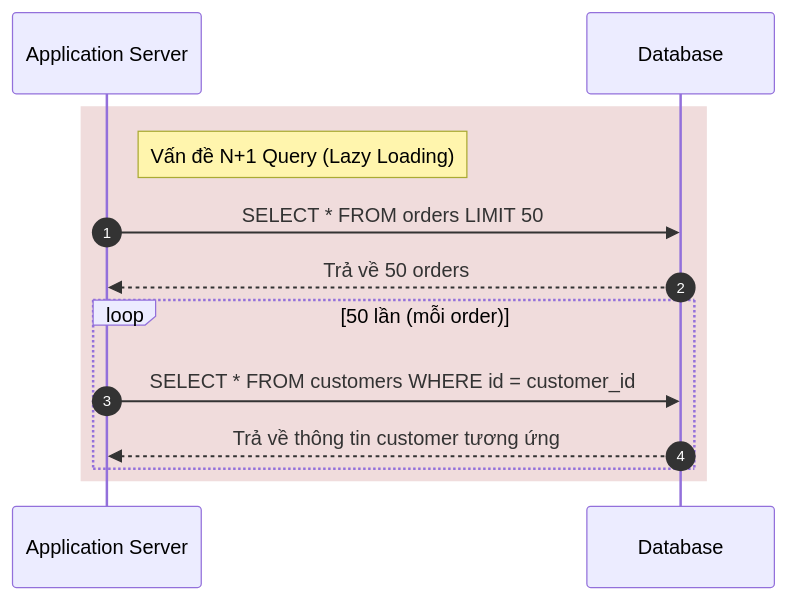
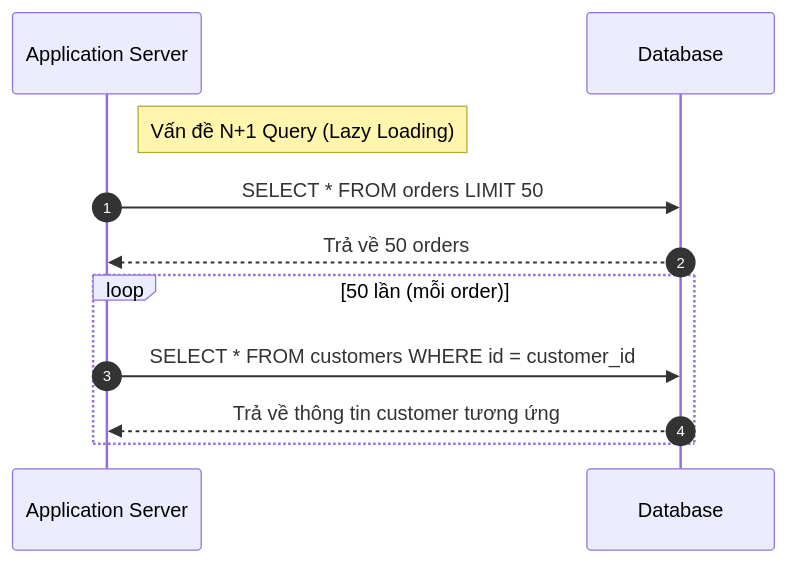
The first of 2 diagrams in src/problems/problem-02.md (haiphamngoc-dev/system-design-daily-problems), drawn with Mermaid before and after one commit. The commit also changed other lines of this file and 1 other file, not shown here.

Commit message:
style(problem-02): remove rect background from mermaid diagrams
- Remove rect rgb(...) blocks from both Lazy Loading and Eager Loading diagrams to improve text contrast and readability across various mdbook themes.
- Update CHANGELOG.md.

````diff
--- a/src/problems/problem-02.md
+++ b/src/problems/problem-02.md
@@ -35,16 +35,14 @@
 ```mermaid
 sequenceDiagram
     autonumber
     participant App as Application Server
     participant DB as Database
 
-    rect rgb(240, 220, 220)
-        note right of App: Vấn đề N+1 Query (Lazy Loading)
-        App->>DB: SELECT * FROM orders LIMIT 50
-        DB-->>App: Trả về 50 orders
-        loop 50 lần (mỗi order)
-            App->>DB: SELECT * FROM customers WHERE id = customer_id
-            DB-->>App: Trả về thông tin customer tương ứng
-        end
+    note right of App: Vấn đề N+1 Query (Lazy Loading)
+    App->>DB: SELECT * FROM orders LIMIT 50
+    DB-->>App: Trả về 50 orders
+    loop 50 lần (mỗi order)
+        App->>DB: SELECT * FROM customers WHERE id = customer_id
+        DB-->>App: Trả về thông tin customer tương ứng
     end
 ```
````
